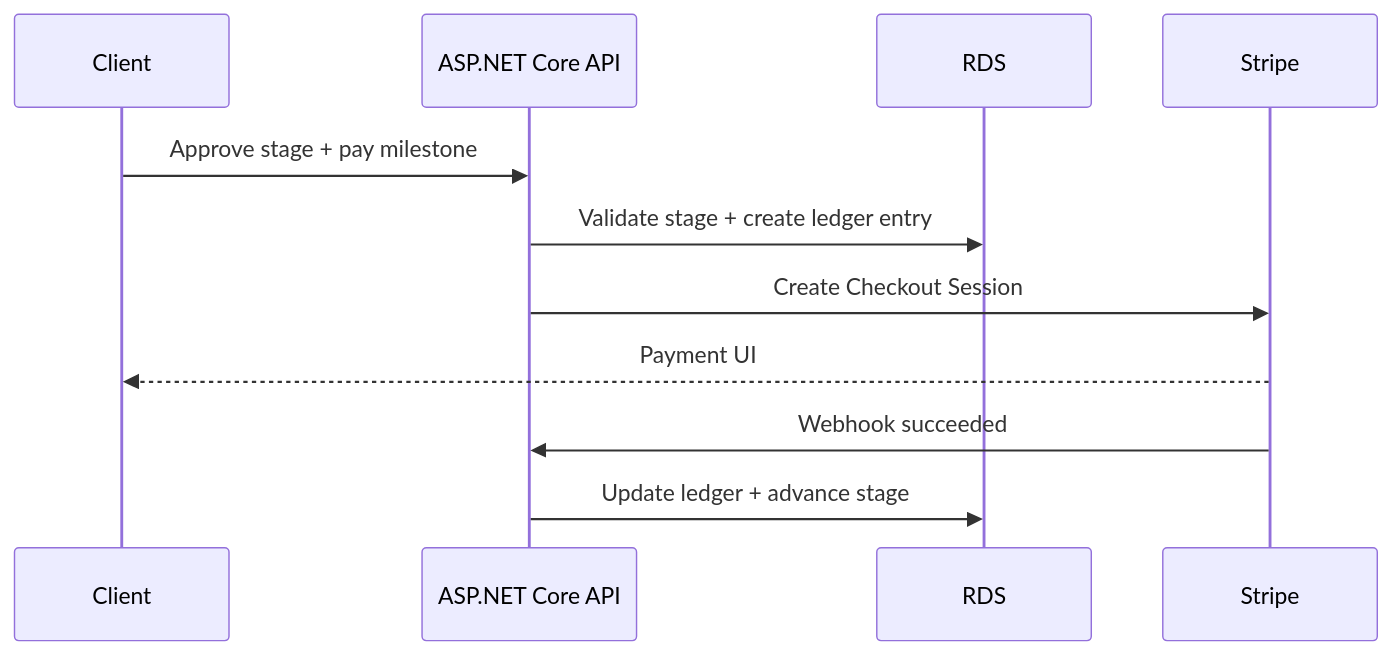
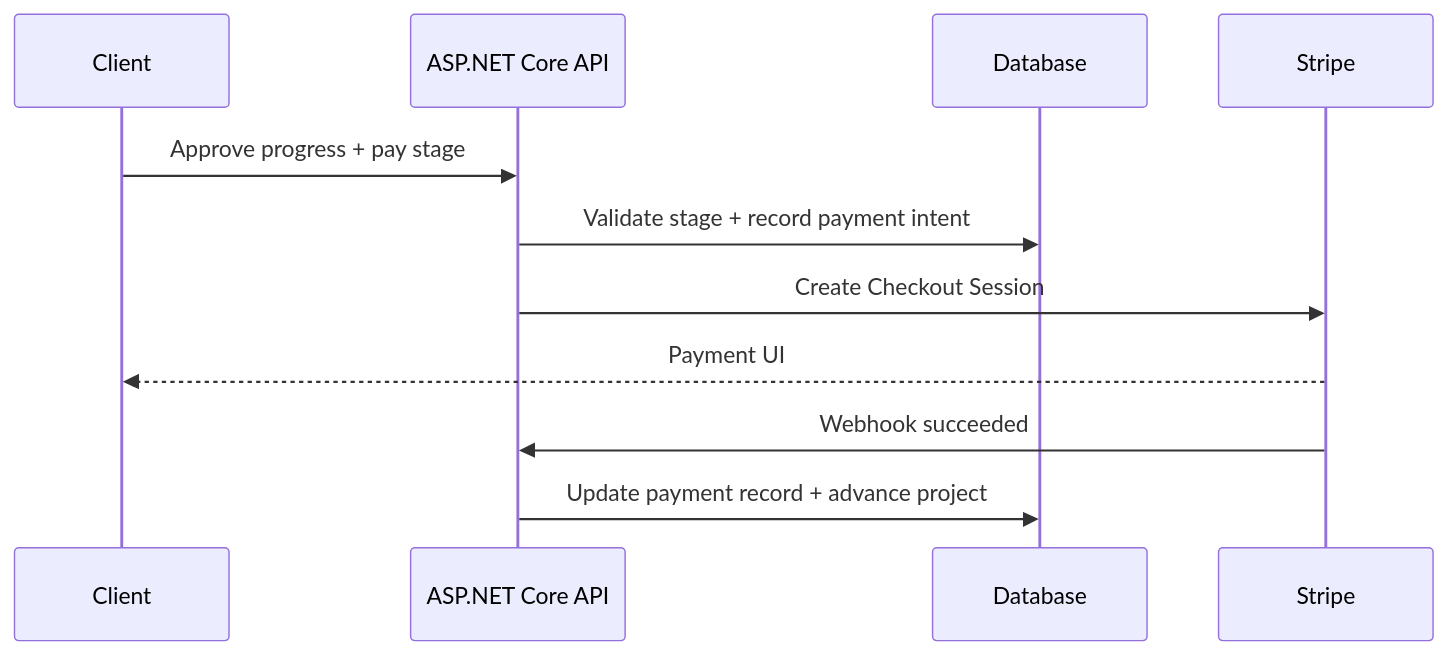
Before and after one commit to MNSBaanu/Inside: the third of 3 diagrams in docs/Proposal/diagrams/architecture-diagrams.md, drawn with Mermaid. The commit also changed other lines of this file and 9 other files, not shown here.

````diff
--- a/docs/Proposal/diagrams/architecture-diagrams.md
+++ b/docs/Proposal/diagrams/architecture-diagrams.md
@@ -151,14 +118,14 @@
 ```mermaid
 sequenceDiagram
     participant C as Client
     participant API as ASP.NET Core API
-    participant DB as RDS
+    participant DB as Database
     participant ST as Stripe
 
-    C->>API: Approve stage + pay milestone
-    API->>DB: Validate stage + create ledger entry
+    C->>API: Approve progress + pay stage
+    API->>DB: Validate stage + record payment intent
     API->>ST: Create Checkout Session
     ST-->>C: Payment UI
     ST->>API: Webhook succeeded
-    API->>DB: Update ledger + advance stage
+    API->>DB: Update payment record + advance project
 ```
````
